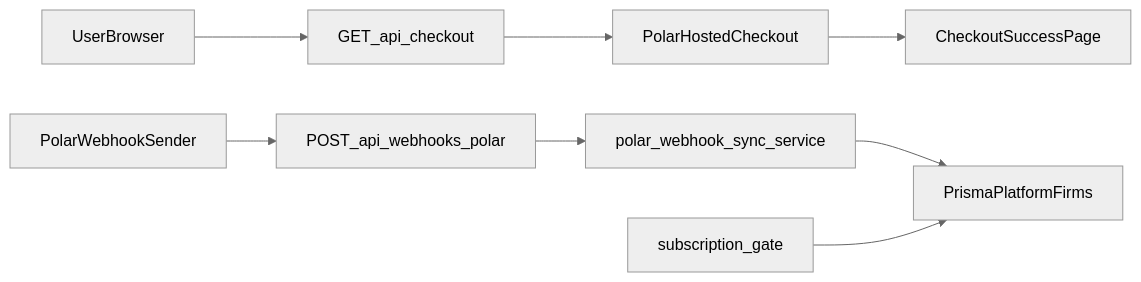
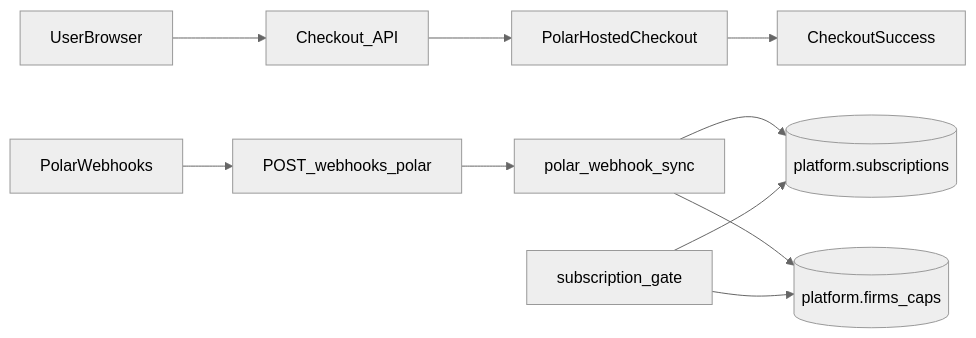
Before and after one commit to pockett-one/pockett-docs: the diagram in docs/mvp/hld-subscription.md, drawn with Mermaid (neutral theme). The commit also changed other lines of this file and 33 other files, not shown here.

````diff
--- a/docs/mvp/hld-subscription.md
+++ b/docs/mvp/hld-subscription.md
@@ -9,20 +11,23 @@
 ```mermaid
 flowchart LR
     userBrowser[UserBrowser]
-    appCheckout[GET_api_checkout]
+    appCheckout[Checkout_API]
     polarCheckout[PolarHostedCheckout]
-    successPage[CheckoutSuccessPage]
-    polarWebhook[PolarWebhookSender]
-    webhookRoute[POST_api_webhooks_polar]
-    syncService[polar_webhook_sync_service]
-    prismaLayer[PrismaPlatformFirms]
+    successPage[CheckoutSuccess]
+    polarWebhook[PolarWebhooks]
+    webhookRoute[POST_webhooks_polar]
+    syncService[polar_webhook_sync]
+    subscriptions[(platform.subscriptions)]
+    firms[(platform.firms_caps)]
     gateService[subscription_gate]
 
     userBrowser --> appCheckout
     appCheckout --> polarCheckout
     polarCheckout --> successPage
     polarWebhook --> webhookRoute
     webhookRoute --> syncService
-    syncService --> prismaLayer
-    gateService --> prismaLayer
+    syncService --> subscriptions
+    syncService --> firms
+    gateService --> subscriptions
+    gateService --> firms
 ```
````
